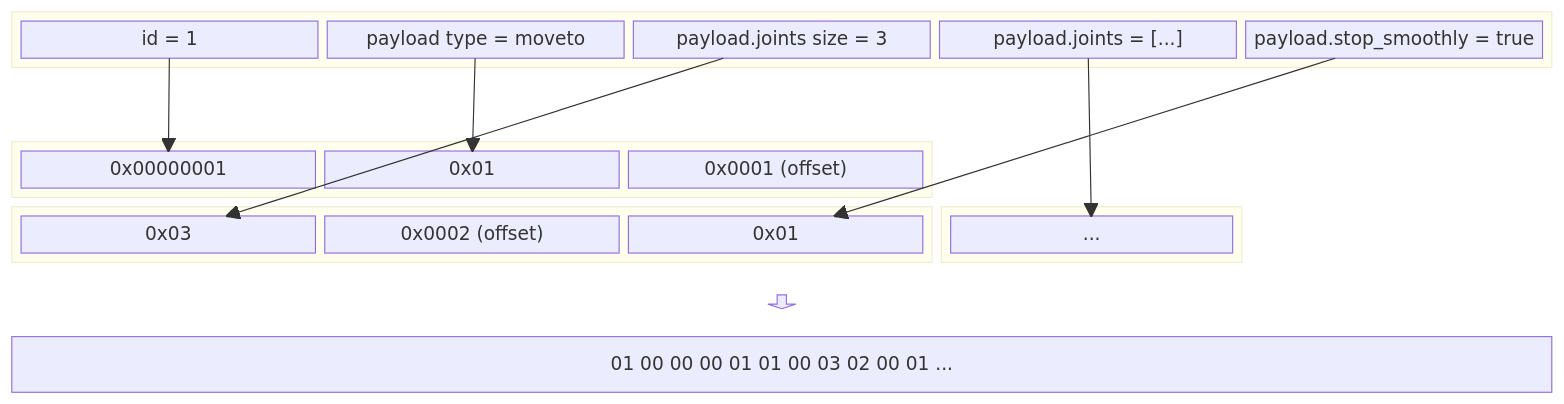
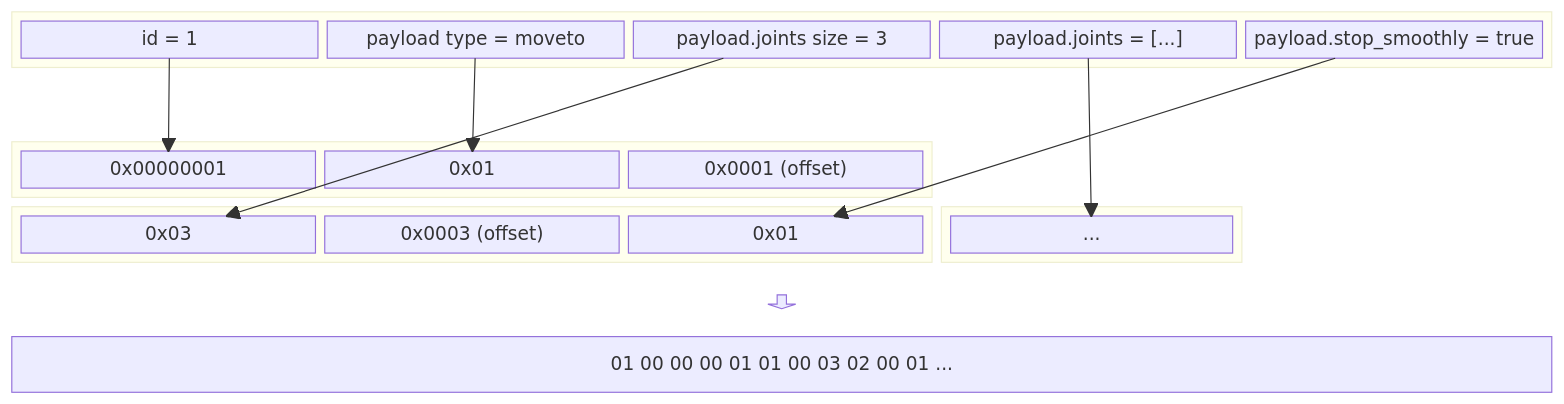
One commit to ZachDaChampion/simple-buffers changed the fifth of 5 diagrams in README.md. Above: the diagram before and after it, drawn with Mermaid. The commit also changed other lines of this file, not shown here.

Commit message:
Correct offset values in readme

````diff
--- a/README.md
+++ b/README.md
@@ -238,38 +238,38 @@
 ```mermaid
 block-beta
     columns 5
 
     block:braw:5
         rawid["id = 1"]
         rawpayloadtype["payload type = moveto"]
         rawjointslen["payload.joints size = 3"]
         rawjoints["payload.joints = [...]"]
         rawstop["payload.stop_smoothly = true"]
     end
     space:5
     block:bser:3
         serid["0x00000001"]
         serpayloadtype["0x01"]
         serpayloadoffset["0x0001 (offset)"]
     end
     space:2
     block:bdyn0:3
         serjointslen["0x03"]
-        serjointsptr["0x0002 (offset)"]
+        serjointsptr["0x0003 (offset)"]
         serstop["0x01"]
     end
     block:serdyn1:1
         serjoints["..."]
     end
     space:1
     space:2 down<[" "]>(down) space:2
     block:final:5
         final["01 00 00 00 01 01 00 03 02 00 01 ..."]:5
     end
 
     rawid-->serid
     rawpayloadtype-->serpayloadtype
     rawjointslen-->serjointslen
     rawjoints-->serjoints
     rawstop-->serstop
 ```
````
